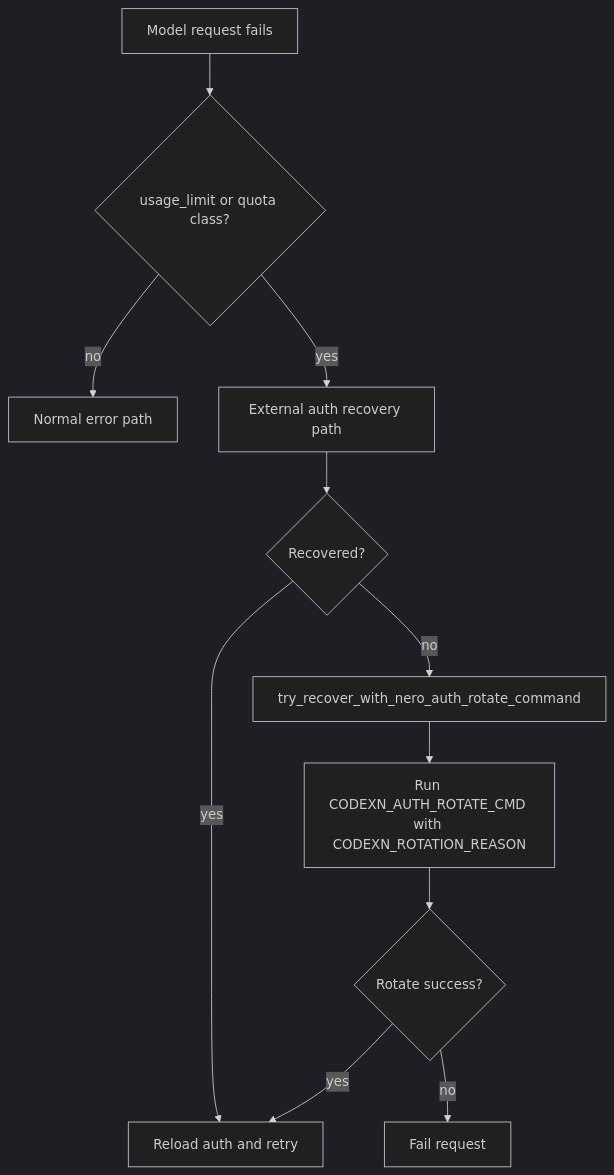
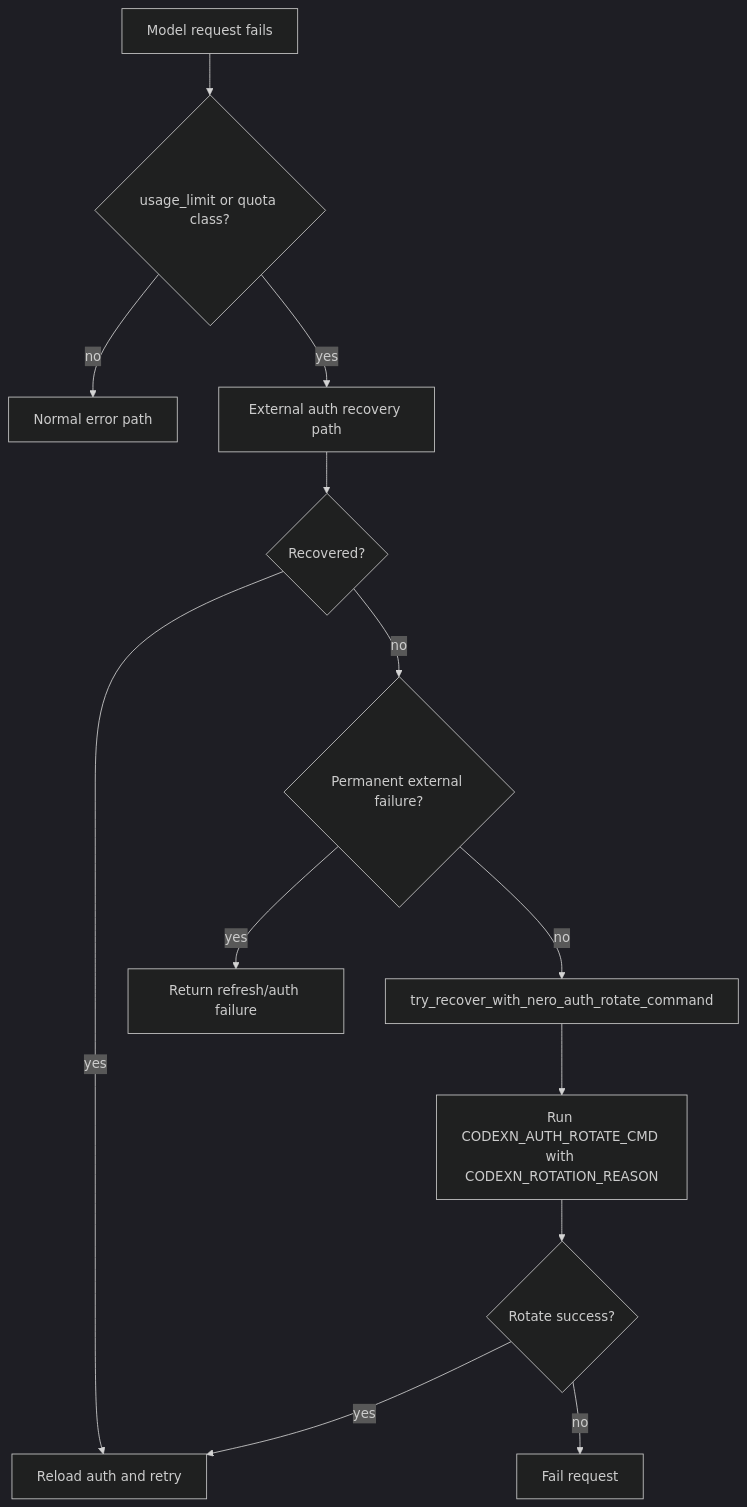
The third of 4 diagrams in docs-nero-fork/codex-rs-fork-surface-atlas.md (GattoUberNero/codex), drawn with Mermaid before and after one commit. The commit also changed other lines of this file and 99 other files, not shown here.

````diff
--- a/docs-nero-fork/codex-rs-fork-surface-atlas.md
+++ b/docs-nero-fork/codex-rs-fork-surface-atlas.md
@@ -372,14 +456,16 @@
 ```mermaid
 %%{ init: { 'theme': 'dark' } }%%
 flowchart TD
     A[Model request fails] --> B{usage_limit or quota class?}
     B -- no --> C[Normal error path]
     B -- yes --> D[External auth recovery path]
     D --> E{Recovered?}
     E -- yes --> F[Reload auth and retry]
-    E -- no --> G[try_recover_with_nero_auth_rotate_command]
-    G --> H[Run CODEXN_AUTH_ROTATE_CMD with CODEXN_ROTATION_REASON]
-    H --> I{Rotate success?}
-    I -- yes --> F
-    I -- no --> J[Fail request]
+    E -- no --> G{Permanent external failure?}
+    G -- yes --> H[Return refresh/auth failure]
+    G -- no --> I[try_recover_with_nero_auth_rotate_command]
+    I --> J[Run CODEXN_AUTH_ROTATE_CMD with CODEXN_ROTATION_REASON]
+    J --> K{Rotate success?}
+    K -- yes --> F
+    K -- no --> L[Fail request]
 ```
````
